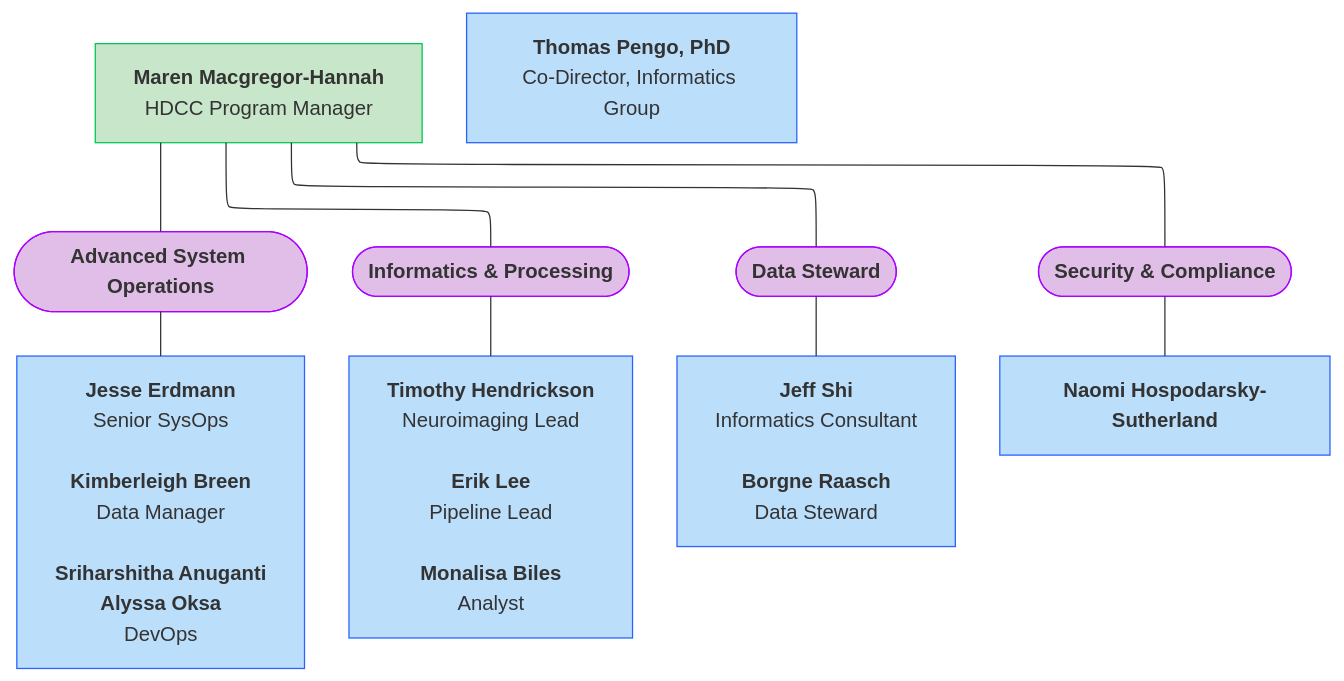
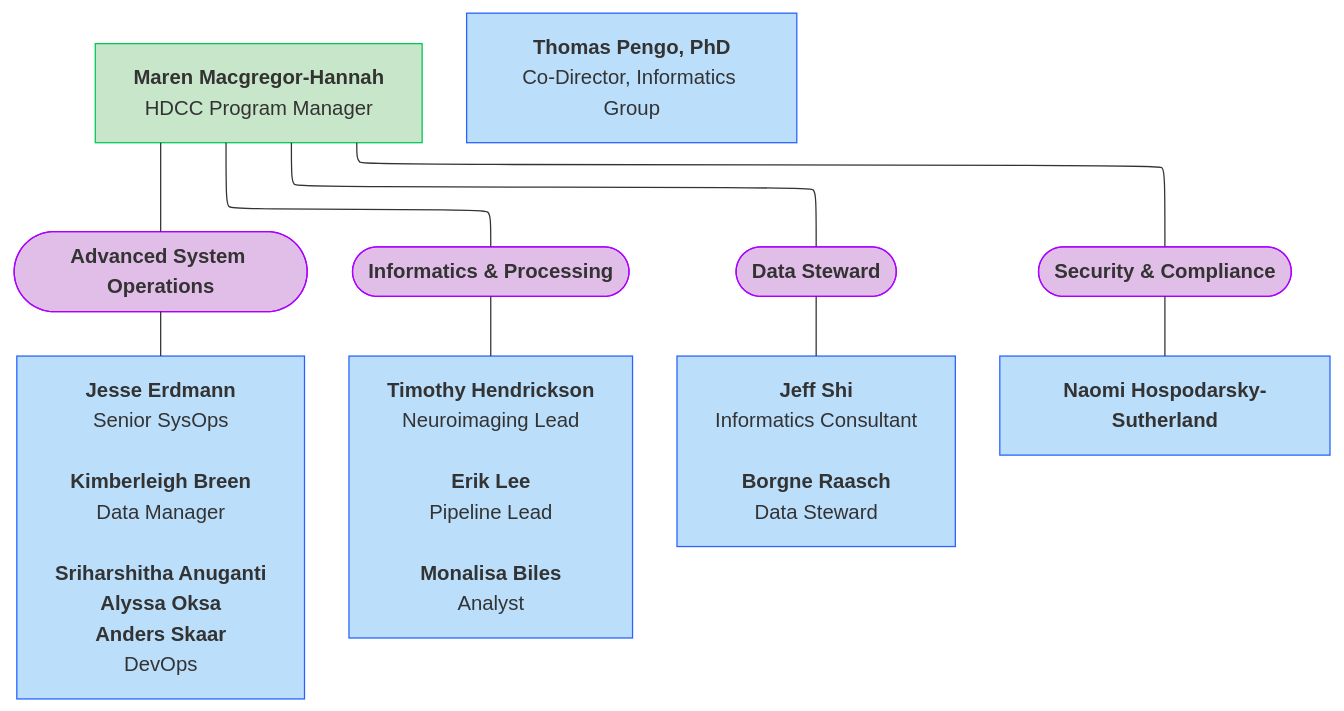
One commit to DCAN-Labs/hbcd-docs-internal changed the sixth of 11 diagrams in docs/orgcharts.md. Above: the diagram before and after it, drawn with Mermaid. The commit also changed other lines of this file, not shown here.

Commit message:
update MIDB informatics/msi org chart

````diff
--- a/docs/orgcharts.md
+++ b/docs/orgcharts.md
@@ -367,23 +367,23 @@
 ```mermaid
 ---
 config:
   layout: elk
 ---
 flowchart TB
     L["<b>Maren Macgregor-Hannah</b><br>HDCC Program Manager"] --- N(["<b>Advanced System Operations</b>"]) & O(["<b>Informatics &amp; Processing</b>"]) & P(["<b>Data Steward</b>"]) & n8(["<b>Security &amp; Compliance</b>"])
-    N --- Q["<b>Jesse Erdmann</b><br>Senior SysOps<br><br><b>Kimberleigh Breen</b><br>Data Manager<br><br><b>Sriharshitha Anuganti<br>Alyssa Oksa</b><br>DevOps"]
+    N --- Q["<b>Jesse Erdmann</b><br>Senior SysOps<br><br><b>Kimberleigh Breen</b><br>Data Manager<br><br><b>Sriharshitha Anuganti<br>Alyssa Oksa<br>Anders Skaar</b><br>DevOps"]
     O --- n4["<b>Timothy Hendrickson</b><br>Neuroimaging Lead<br><br><b>Erik Lee</b><br>Pipeline Lead<br><br><b>Monalisa Biles</b><br>Analyst"]
     P --- n7["<b>Jeff Shi</b><br>Informatics Consultant<br><br><b>Borgne Raasch</b><br>Data Steward"]
     n8 --- n9["<b>Naomi Hospodarsky-Sutherland</b>"]
     n10["<b>Thomas Pengo, PhD</b><br>Co-Director, Informatics Group"]
     style L fill:#C8E6C9,stroke:#00C853
     style N fill:#E1BEE7,stroke:#AA00FF
     style O fill:#E1BEE7,stroke:#AA00FF
     style P fill:#E1BEE7,stroke:#AA00FF
     style n8 fill:#E1BEE7,stroke:#AA00FF
     style Q fill:#BBDEFB,stroke:#2962FF
     style n4 fill:#BBDEFB,stroke:#2962FF
     style n7 fill:#BBDEFB,stroke:#2962FF
     style n9 fill:#BBDEFB,stroke:#2962FF
     style n10 fill:#BBDEFB,stroke:#2962FF
 ```
````
